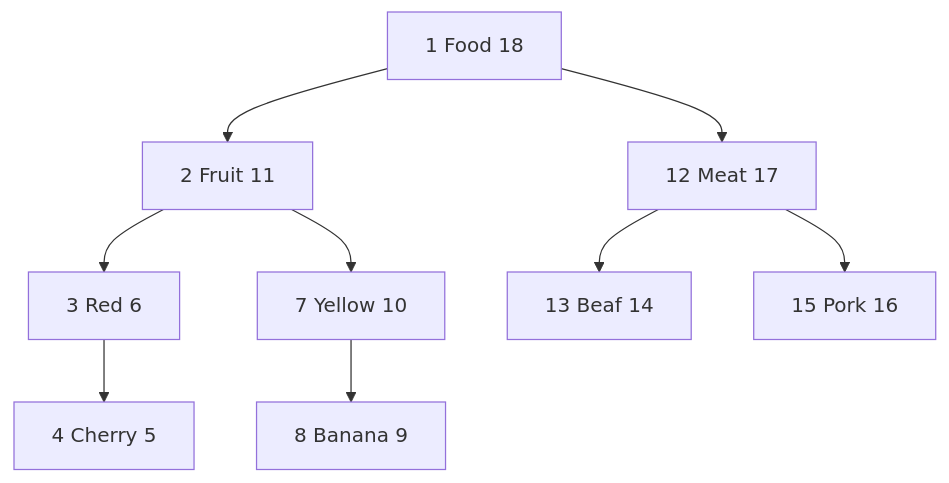
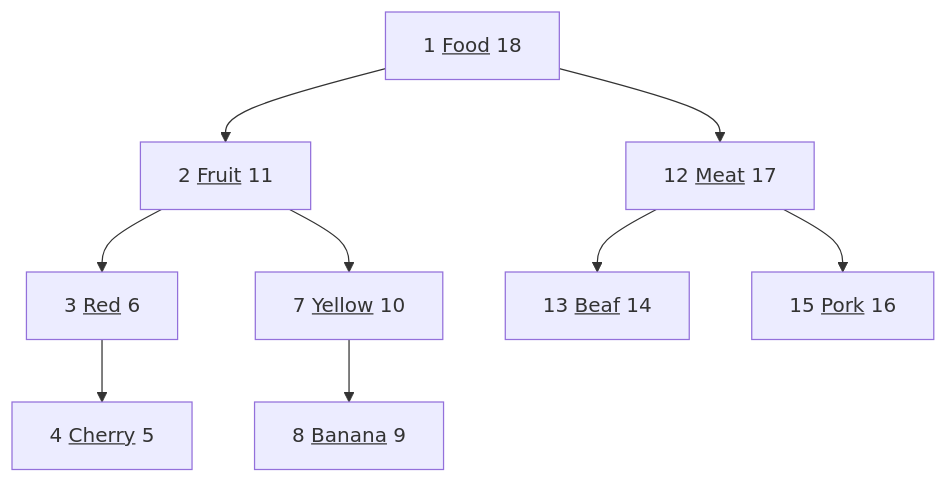
The fourth of 6 diagrams in content/post/Tree-In-Database.md (tsctsc6/Hugo-Website), drawn with Mermaid before and after one commit.

Commit message:
update post

````diff
--- a/content/post/Tree-In-Database.md
+++ b/content/post/Tree-In-Database.md
@@ -87,21 +87,21 @@
 ```mermaid
 flowchart TD
-    Food["`1 Food 18`"]
-    Fruit["`2 Fruit 11`"]
-    Red["`3 Red 6`"]
-    Cherry["`4 Cherry 5`"]
-    Yellow["`7 Yellow 10`"]
-    Banana["`8 Banana 9`"]
-    Meat["`12 Meat 17`"]
-    Beaf["`13 Beaf 14`"]
-    Pork["`15 Pork 16`"]
+    Food["`1 <u>Food</u> 18`"]
+    Fruit["`2 <u>Fruit</u> 11`"]
+    Red["`3 <u>Red</u> 6`"]
+    Cherry["`4 <u>Cherry</u> 5`"]
+    Yellow["`7 <u>Yellow</u> 10`"]
+    Banana["`8 <u>Banana</u> 9`"]
+    Meat["`12 <u>Meat</u> 17`"]
+    Beaf["`13 <u>Beaf</u> 14`"]
+    Pork["`15 <u>Pork</u> 16`"]
 
     Food --> Fruit
     Fruit --> Red
     Red --> Cherry
     Fruit --> Yellow
     Yellow --> Banana
     Food --> Meat
     Meat --> Beaf
     Meat --> Pork
 ```
````
